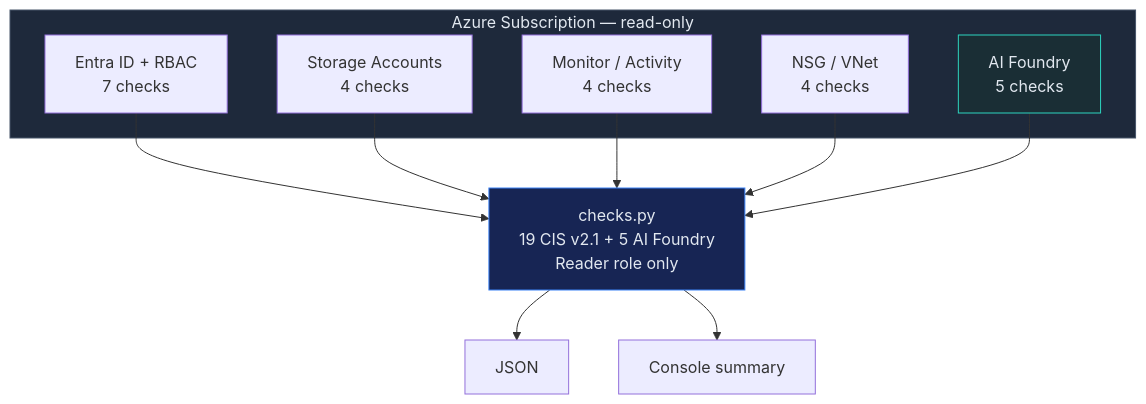
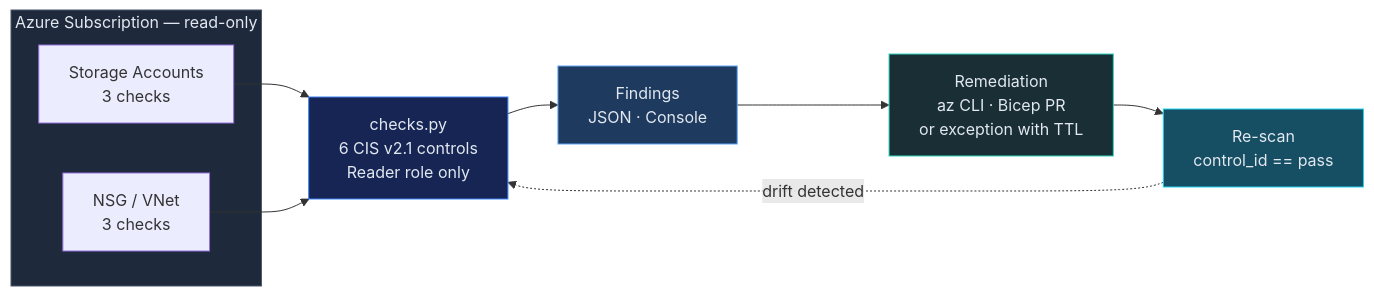
Before and after one commit to msaad00/cloud-security: the diagram in skills/cspm-azure-cis-benchmark/SKILL.md, drawn with Mermaid. The commit also changed other lines of this file and 11 other files, not shown here.

````diff
--- a/skills/cspm-azure-cis-benchmark/SKILL.md
+++ b/skills/cspm-azure-cis-benchmark/SKILL.md
@@ -41,25 +48,21 @@
 ```mermaid
-flowchart TD
+flowchart LR
     subgraph AZ["Azure Subscription — read-only"]
-        ENTRA["Entra ID + RBAC<br/>7 checks"]
-        STOR["Storage Accounts<br/>4 checks"]
-        MON["Monitor / Activity<br/>4 checks"]
-        NSG["NSG / VNet<br/>4 checks"]
-        AIF["AI Foundry<br/>5 checks"]
+        STOR["Storage Accounts<br/>3 checks"]
+        NSG["NSG / VNet<br/>3 checks"]
     end
 
-    CHK["checks.py<br/>19 CIS v2.1 + 5 AI Foundry<br/>Reader role only"]
+    CHK["checks.py<br/>6 CIS v2.1 controls<br/>Reader role only"]
+    OUT["Findings<br/>JSON · Console"]
+    FIX["Remediation<br/>az CLI · Bicep PR<br/>or exception with TTL"]
+    VERIFY["Re-scan<br/>control_id == pass"]
 
-    ENTRA --> CHK
-    STOR --> CHK
-    MON --> CHK
-    NSG --> CHK
-    AIF --> CHK
-
-    CHK --> JSON["JSON"]
-    CHK --> CON["Console summary"]
+    STOR & NSG --> CHK --> OUT --> FIX --> VERIFY
+    VERIFY -. drift detected .-> CHK
 
     style AZ fill:#1e293b,stroke:#475569,color:#e2e8f0
     style CHK fill:#172554,stroke:#3b82f6,color:#e2e8f0
-    style AIF fill:#1a2e35,stroke:#2dd4bf,color:#e2e8f0
+    style OUT fill:#1e3a5f,stroke:#60a5fa,color:#e2e8f0
+    style FIX fill:#1a2e35,stroke:#2dd4bf,color:#e2e8f0
+    style VERIFY fill:#164e63,stroke:#22d3ee,color:#e2e8f0
 ```
````
